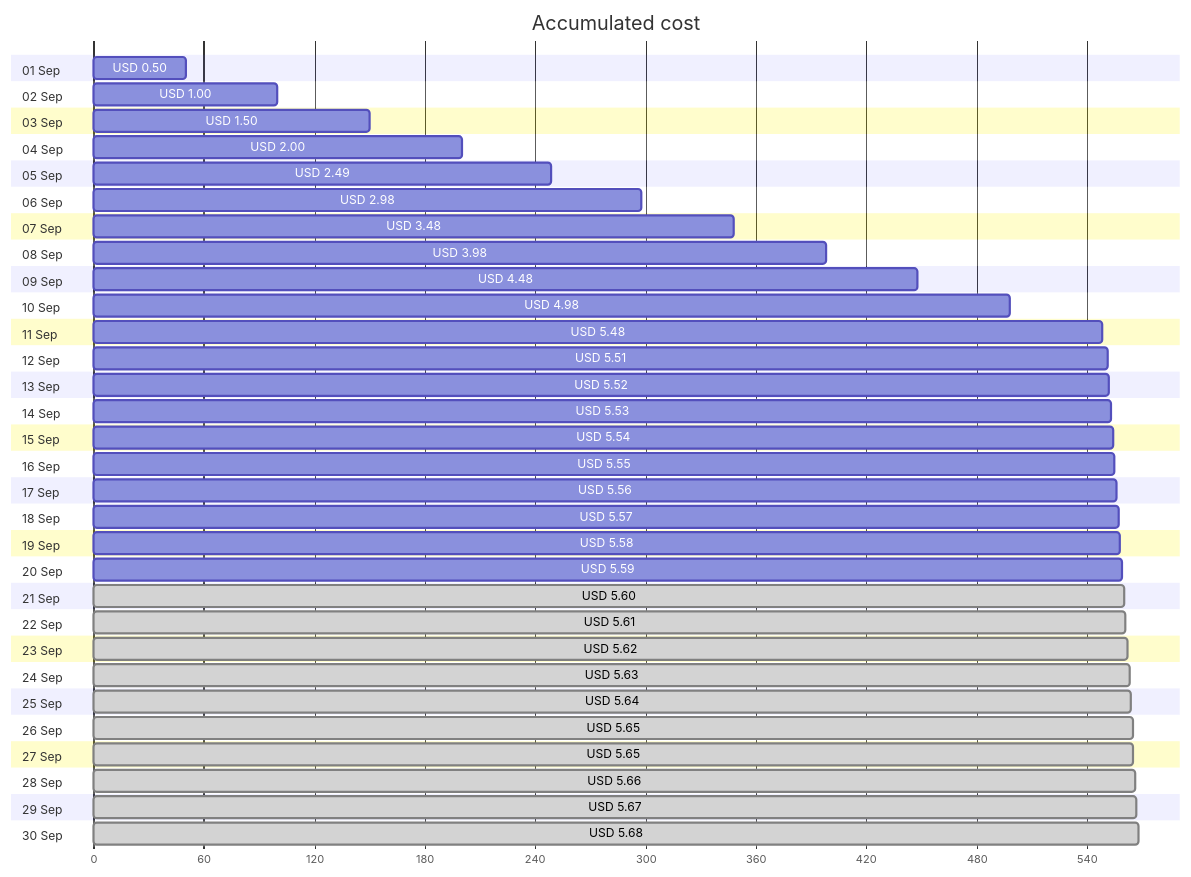
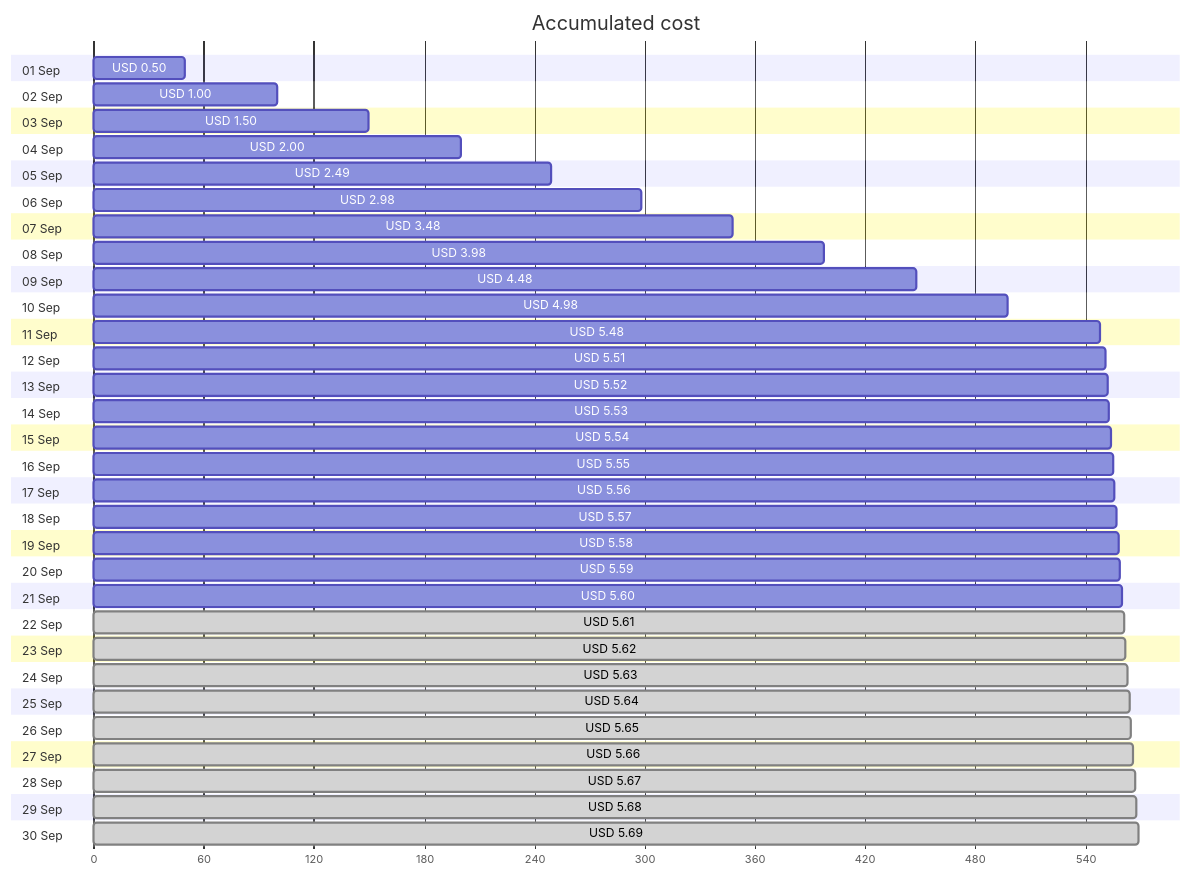
Before and after one commit to jpfulton/azure-personal-reports: the first of 4 diagrams in cost-reports/cloud-shell-storage-eastus/README.md, drawn with Mermaid. The commit also changed other lines of this file and 1 other file, not shown here.

````diff
--- a/cost-reports/cloud-shell-storage-eastus/README.md
+++ b/cost-reports/cloud-shell-storage-eastus/README.md
@@ -20,66 +20,66 @@
 ```mermaid
 gantt
    title Accumulated cost
    dateFormat  X
    axisFormat %s
    section 01 Sep
    USD 0.50 :0, 50
    section 02 Sep
    USD 1.00 :0, 100
    section 03 Sep
    USD 1.50 :0, 150
    section 04 Sep
    USD 2.00 :0, 200
    section 05 Sep
    USD 2.49 :0, 249
    section 06 Sep
    USD 2.98 :0, 298
    section 07 Sep
    USD 3.48 :0, 348
    section 08 Sep
    USD 3.98 :0, 398
    section 09 Sep
    USD 4.48 :0, 448
    section 10 Sep
    USD 4.98 :0, 498
    section 11 Sep
    USD 5.48 :0, 548
    section 12 Sep
    USD 5.51 :0, 551
    section 13 Sep
    USD 5.52 :0, 552
    section 14 Sep
    USD 5.53 :0, 553
    section 15 Sep
    USD 5.54 :0, 554
    section 16 Sep
    USD 5.55 :0, 555
    section 17 Sep
    USD 5.56 :0, 556
    section 18 Sep
    USD 5.57 :0, 557
    section 19 Sep
    USD 5.58 :0, 558
    section 20 Sep
    USD 5.59 :0, 559
    section 21 Sep
-   USD 5.60 : done, 0, 560
+   USD 5.60 :0, 560
    section 22 Sep
    USD 5.61 : done, 0, 561
    section 23 Sep
    USD 5.62 : done, 0, 562
    section 24 Sep
    USD 5.63 : done, 0, 563
    section 25 Sep
    USD 5.64 : done, 0, 564
    section 26 Sep
    USD 5.65 : done, 0, 565
    section 27 Sep
-   USD 5.65 : done, 0, 565
+   USD 5.66 : done, 0, 566
    section 28 Sep
-   USD 5.66 : done, 0, 566
+   USD 5.67 : done, 0, 567
    section 29 Sep
-   USD 5.67 : done, 0, 567
+   USD 5.68 : done, 0, 568
    section 30 Sep
-   USD 5.68 : done, 0, 568
+   USD 5.69 : done, 0, 569
 ```
````
